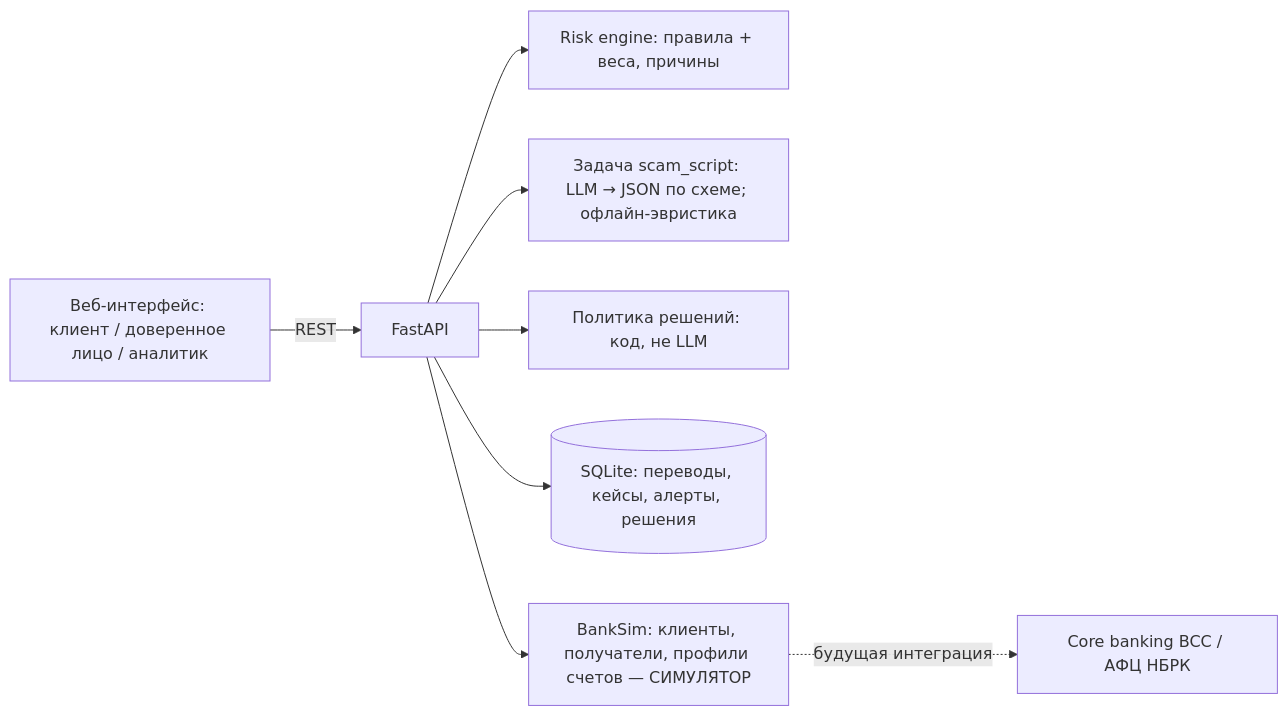
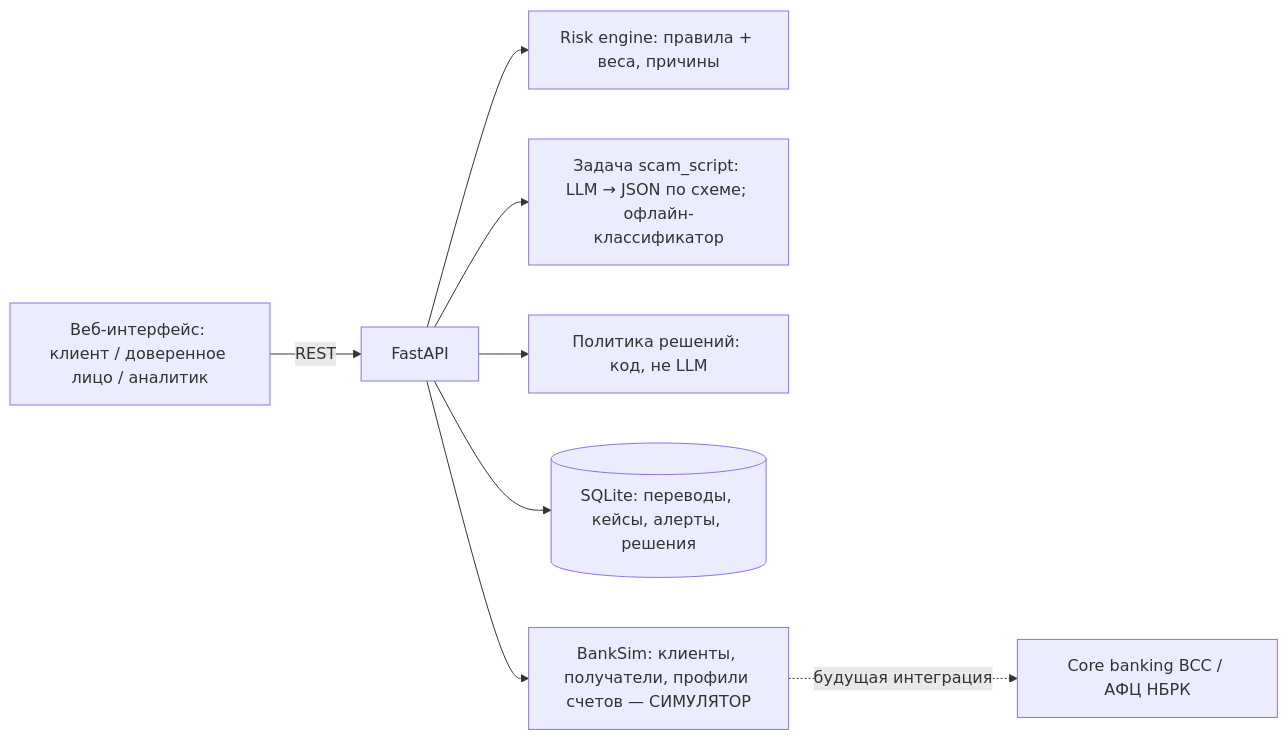
The diagram in docs/SPEC.md (Ibrakazah/qorgan), drawn with Mermaid before and after one commit. The commit also changed other lines of this file and 20 other files, not shown here.

````diff
--- a/docs/SPEC.md
+++ b/docs/SPEC.md
@@ -31,10 +31,10 @@
 ```mermaid
 flowchart LR
   UI[Веб-интерфейс: клиент / доверенное лицо / аналитик] -->|REST| API[FastAPI]
   API --> RE[Risk engine: правила + веса, причины]
-  API --> AI[Задача scam_script: LLM → JSON по схеме; офлайн-эвристика]
+  API --> AI[Задача scam_script: LLM → JSON по схеме; офлайн-классификатор]
   API --> POL[Политика решений: код, не LLM]
   API --> DB[(SQLite: переводы, кейсы, алерты, решения)]
   API --> SIM[BankSim: клиенты, получатели, профили счетов — СИМУЛЯТОР]
   SIM -.будущая интеграция.-> CORE[Core banking BCC / АФЦ НБРК]
 ```
````
